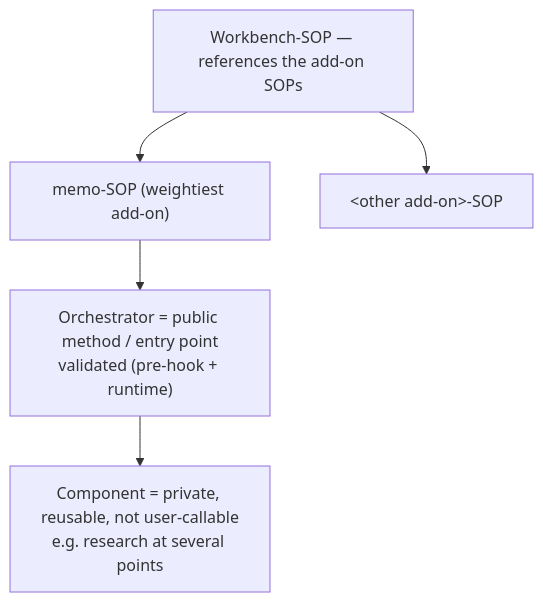
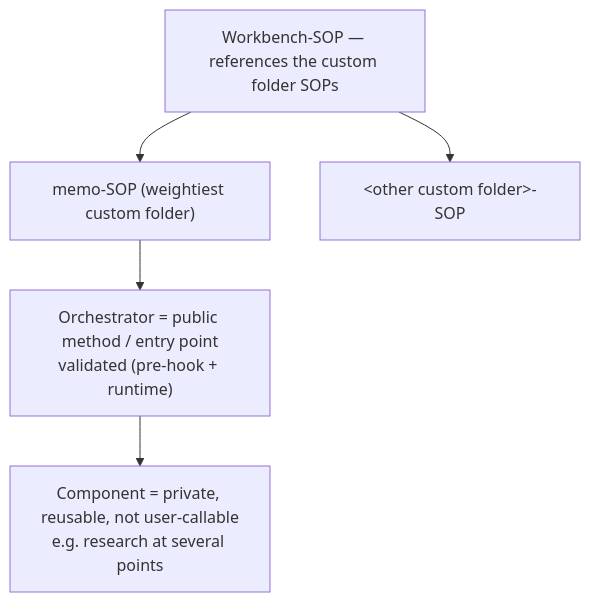
Before and after one commit to Memo-Init/spec: the diagram in generated/docs-payload/workbench/24-skills-scope.md, drawn with Mermaid. The commit also changed other lines of this file and 126 other files, not shown here.

Commit message:
[MEMO] M049 fold sop into session + wb reorg

````diff
--- a/generated/docs-payload/workbench/24-skills-scope.md
+++ b/generated/docs-payload/workbench/24-skills-scope.md
@@ -71,7 +71,7 @@
 ```mermaid
 flowchart TD
-    WSOP["Workbench-SOP — references the add-on SOPs"] --> MSOP["memo-SOP (weightiest add-on)"]
-    WSOP --> FSOP["&lt;other add-on&gt;-SOP"]
+    WSOP["Workbench-SOP — references the custom folder SOPs"] --> MSOP["memo-SOP (weightiest custom folder)"]
+    WSOP --> FSOP["&lt;other custom folder&gt;-SOP"]
     MSOP --> ORCH["Orchestrator = public method / entry point<br/>validated (pre-hook + runtime)"]
     ORCH --> COMP["Component = private, reusable, not user-callable<br/>e.g. research at several points"]
 ```
````
